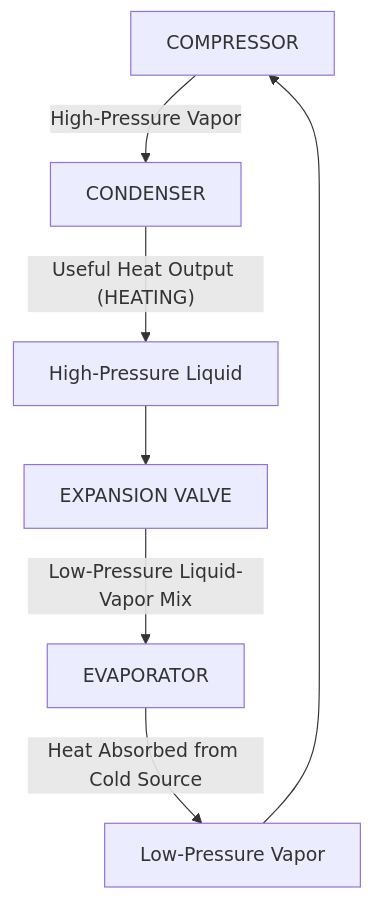
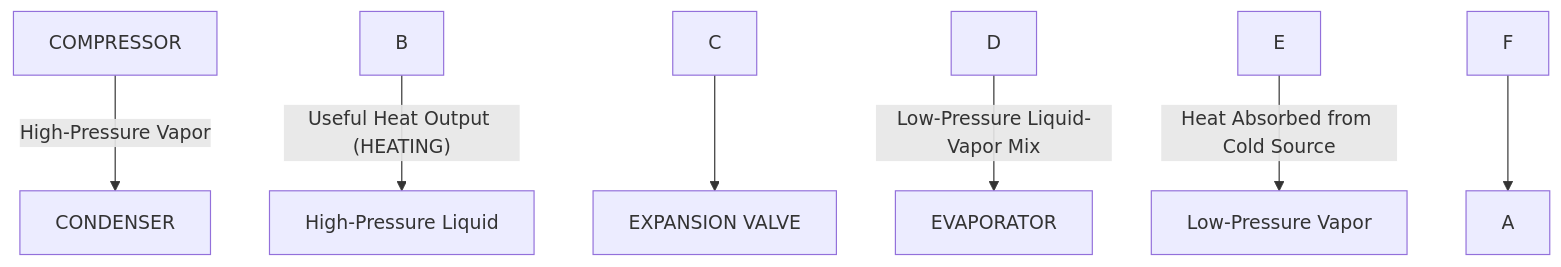
The second of 2 diagrams in Mechanical/44 BCS.md (hasibulhasan1542/Obsidian), drawn with Mermaid before and after one commit. The commit also changed other lines of this file and 6 other files, not shown here.

````diff
--- a/Mechanical/44 BCS.md
+++ b/Mechanical/44 BCS.md
@@ -271,9 +271,9 @@
 ```mermaid
 flowchart TD
-    A[COMPRESSOR] -->|High-Pressure Vapor| B[CONDENSER]
-    B -->|"Useful Heat Output (HEATING)"| C[High-Pressure Liquid]
-    C --> D[EXPANSION VALVE]
-    D -->|Low-Pressure Liquid-Vapor Mix| E[EVAPORATOR]
-    E -->|Heat Absorbed from Cold Source| F[Low-Pressure Vapor]
+    A\[COMPRESSOR] -->|High-Pressure Vapor| B\[CONDENSER]
+    B -->|"Useful Heat Output (HEATING)"| C\[High-Pressure Liquid]
+    C --> D\[EXPANSION VALVE]
+    D -->|Low-Pressure Liquid-Vapor Mix| E\[EVAPORATOR]
+    E -->|Heat Absorbed from Cold Source| F\[Low-Pressure Vapor]
     F --> A
 ```
````
